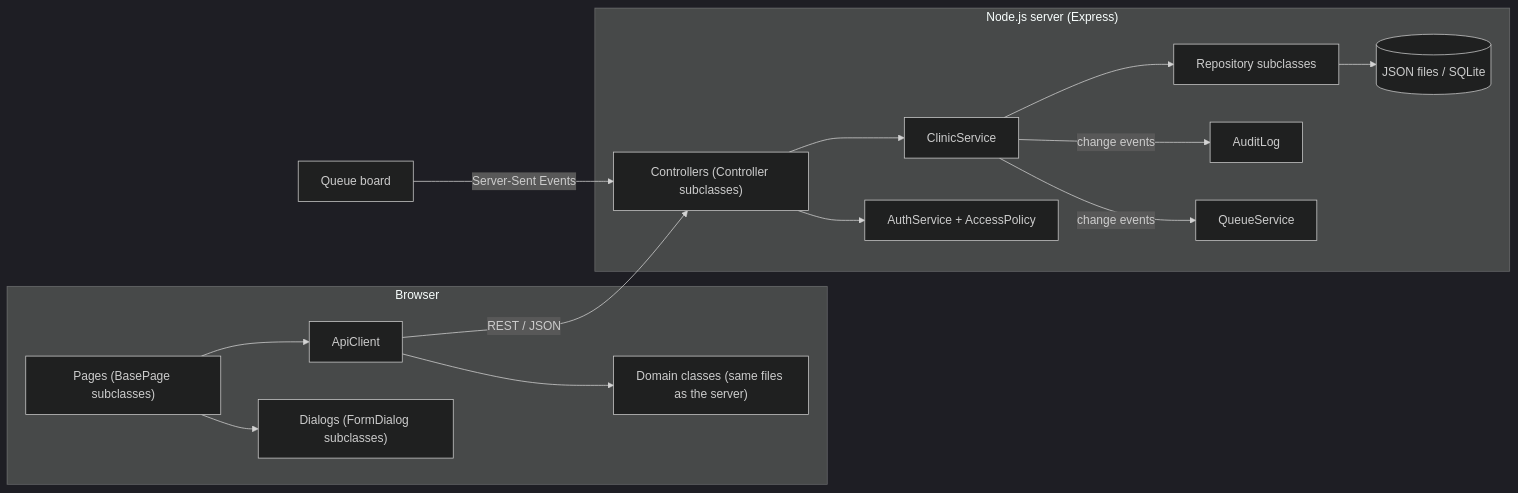
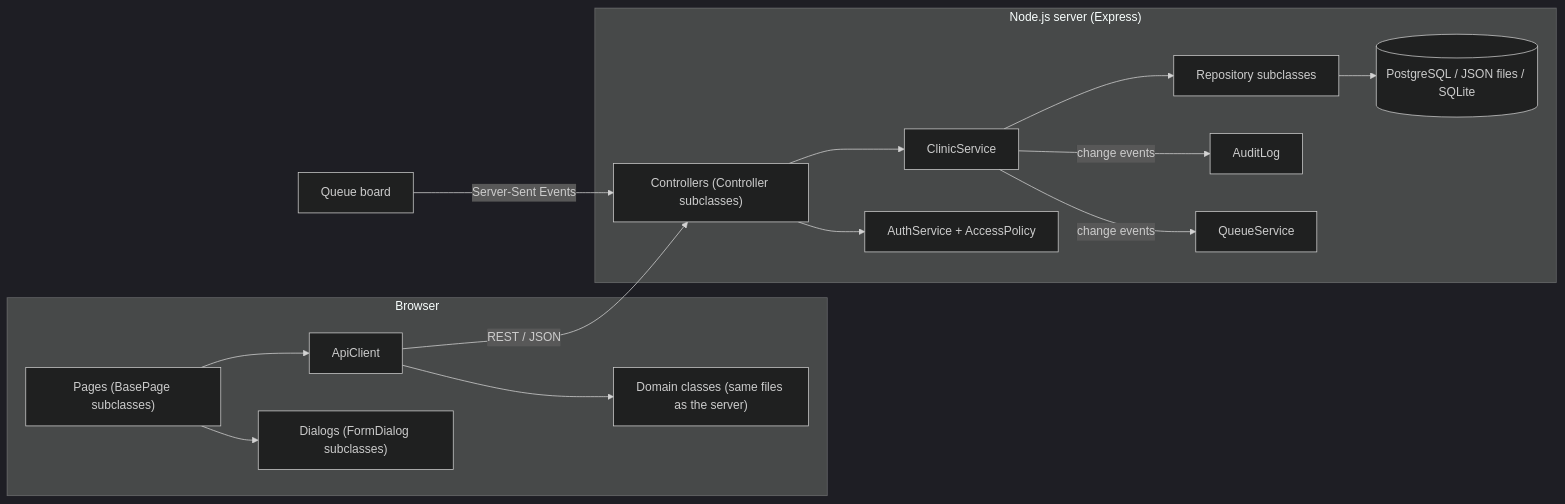
The first of 7 diagrams in docs/DOCUMENTATION.md (0325-1244-tech/Clinic-Appointment-Management-System), drawn with Mermaid (dark theme) before and after one commit. The commit also changed other lines of this file and 3 other files, not shown here.

````diff
--- a/docs/DOCUMENTATION.md
+++ b/docs/DOCUMENTATION.md
@@ -74,18 +79,18 @@
 ```mermaid
 flowchart LR
   subgraph Browser
     Pages["Pages (BasePage subclasses)"] --> Api[ApiClient]
     Pages --> Dialogs["Dialogs (FormDialog subclasses)"]
     Api --> DomainB["Domain classes (same files as the server)"]
   end
   subgraph Server["Node.js server (Express)"]
     Controllers["Controllers (Controller subclasses)"] --> Service[ClinicService]
     Controllers --> Auth[AuthService + AccessPolicy]
     Service --> Repos["Repository subclasses"]
     Service -- "change events" --> Audit[AuditLog]
     Service -- "change events" --> Queue[QueueService]
-    Repos --> Files[("JSON files / SQLite")]
+    Repos --> Files[("PostgreSQL / JSON files / SQLite")]
   end
   Api -- "REST / JSON" --> Controllers
   Board["Queue board"] -- "Server-Sent Events" --> Controllers
 ```
````
